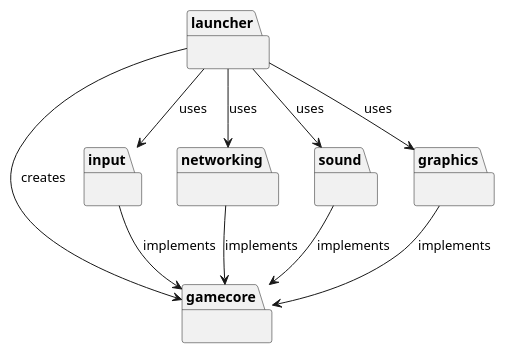
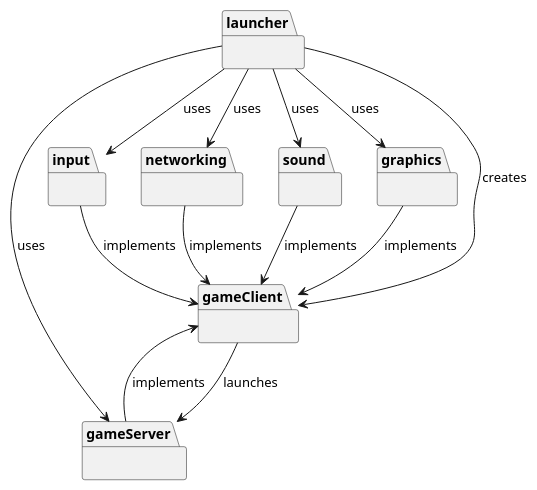
One commit to SverreNystad/besieged changed the diagram in docs/diagrams/package.puml. Above: the diagram before and after it, drawn with PlantUML.

Commit message:
Add gameServer

```diff
--- a/docs/diagrams/package.puml
+++ b/docs/diagrams/package.puml
@@ -1,44 +1,52 @@
 @startuml
 
 package "launcher" {
     
 }
 
-package "gamecore" {
+package "gameClient" {
     
+}
+
+package "gameServer" {
+
 }
 
 package "input" {
     
 }
 
 package "networking" {
     
 }
 
 package "sound" {
     
 }
 
 ' package "utils" {
     
 ' }
 
 package "graphics" {
     
 }
 
-launcher --> gamecore : creates
+launcher --> gameClient : creates
 launcher --> input : uses
 launcher --> networking : uses
 launcher --> sound : uses
 ' launcher --> utils : uses
 launcher --> graphics : uses
+launcher --> gameServer : uses
 
-input --> gamecore : implements
-networking --> gamecore : implements
-sound --> gamecore : implements
-' utils --> gamecore : implements
-graphics --> gamecore : implements
+input --> gameClient : implements
+networking --> gameClient : implements
+sound --> gameClient : implements
+' utils --> gameClient : implements
+graphics --> gameClient : implements
+gameServer --> gameClient : implements
+gameClient --> gameServer : launches
+
 
 @enduml
```
